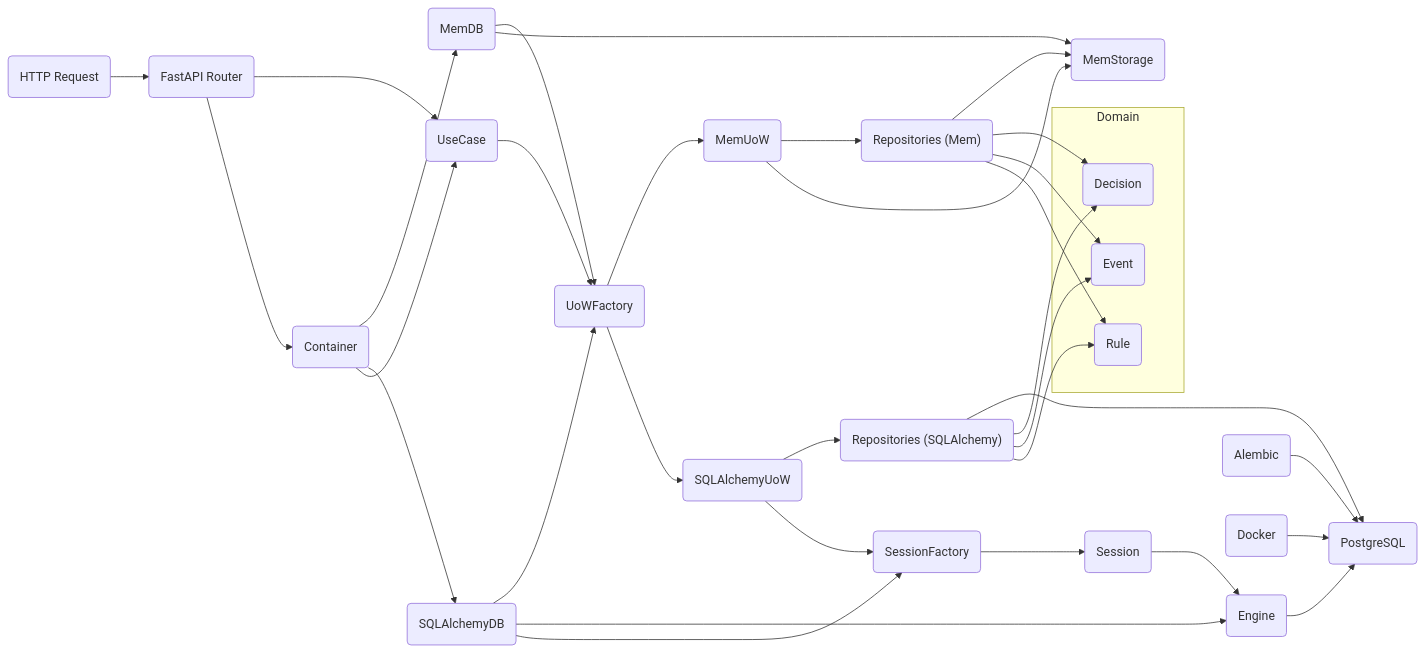
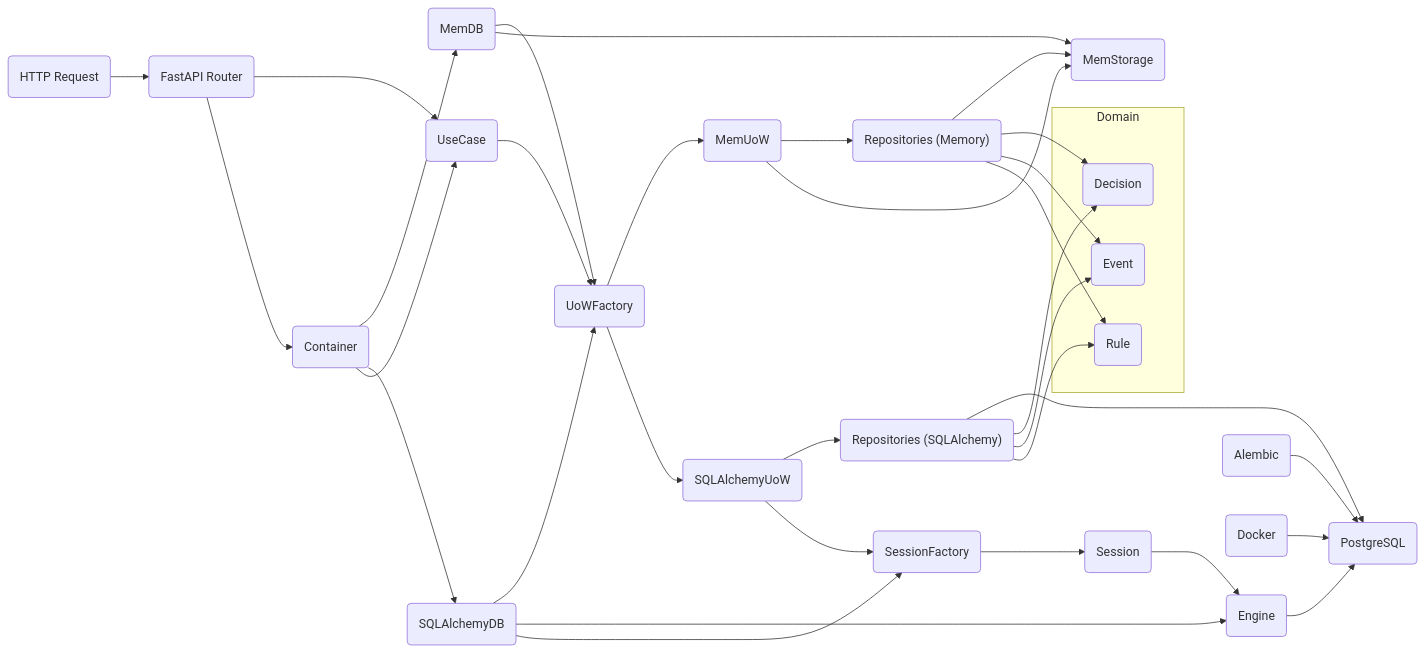
One commit to geldois/decision-engine changed the diagram in README.md. Above: the diagram before and after it, drawn with Mermaid. The commit also changed 91 other files, not shown here.

````diff
--- a/README.md
+++ b/README.md
@@ -21,51 +21,51 @@
 ```mermaid
 flowchart LR
     subgraph Domain
         Decision("Decision")
         Event("Event")
         Rule("Rule")
     end
 
     Client("HTTP Request") --> API("FastAPI Router")
     API --> UseCase("UseCase")
     API --> Container("Container")
 
     UseCase --> UoWFactory("UoWFactory")
 
     Container --> MemDB("MemDB")
     Container --> SQLAlchemyDB("SQLAlchemyDB")
     Container --> UseCase
 
     UoWFactory --> UnitOfWorkMem("MemUoW")
     UoWFactory --> UnitOfWorkSQL("SQLAlchemyUoW")
 
-    UnitOfWorkMem --> RepositoriesMem("Repositories (Mem)")
+    UnitOfWorkMem --> RepositoriesMem("Repositories (Memory)")
     UnitOfWorkMem --> MemStorage("MemStorage")
 
     RepositoriesMem --> MemStorage
     RepositoriesMem --> Decision
     RepositoriesMem --> Event
     RepositoriesMem --> Rule
 
     UnitOfWorkSQL --> RepositoriesSQL("Repositories (SQLAlchemy)")
     UnitOfWorkSQL --> SessionFactory("SessionFactory")
 
     RepositoriesSQL --> PostgreSQL("PostgreSQL")
     RepositoriesSQL --> Decision
     RepositoriesSQL --> Event
     RepositoriesSQL --> Rule
 
     SQLAlchemyDB --> UoWFactory
     SQLAlchemyDB --> Engine("Engine")
     SQLAlchemyDB --> SessionFactory
 
     SessionFactory --> Session("Session")
     Session --> Engine
     Engine --> PostgreSQL
 
     MemDB --> UoWFactory
     MemDB --> MemStorage
 
     Alembic("Alembic") --> PostgreSQL
     Docker("Docker") --> PostgreSQL
 ```
````
